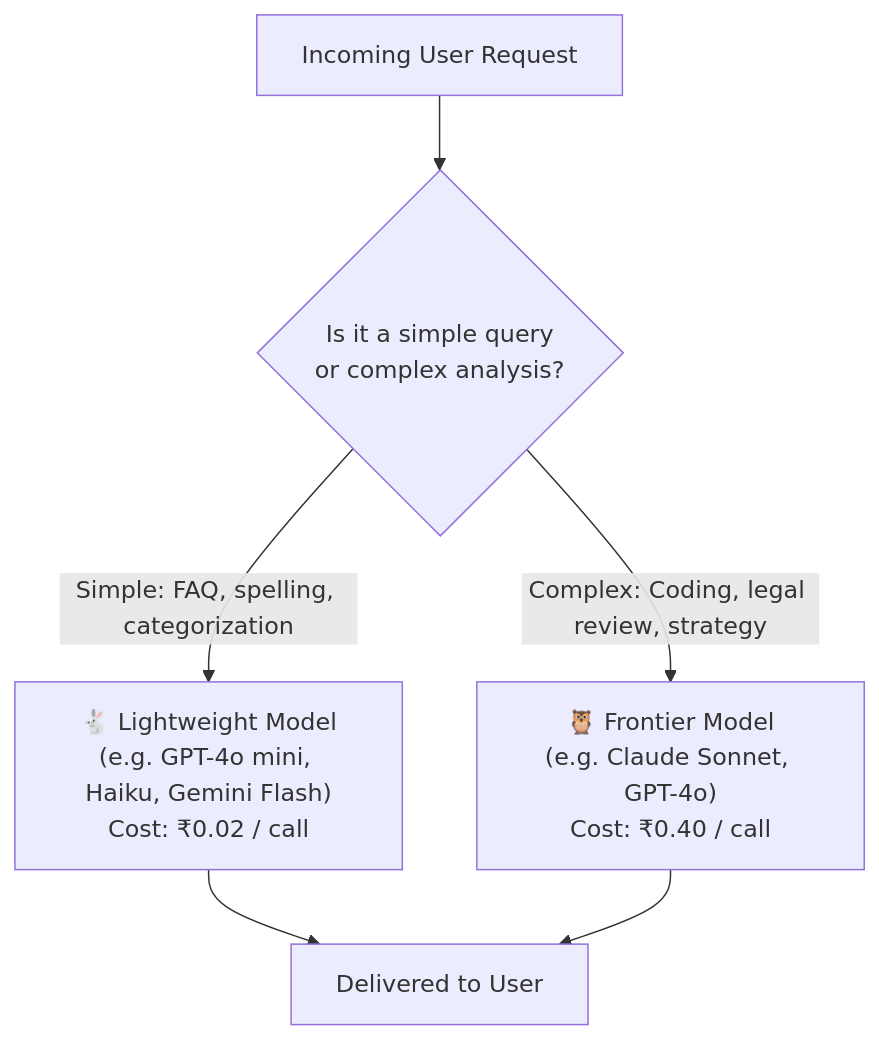
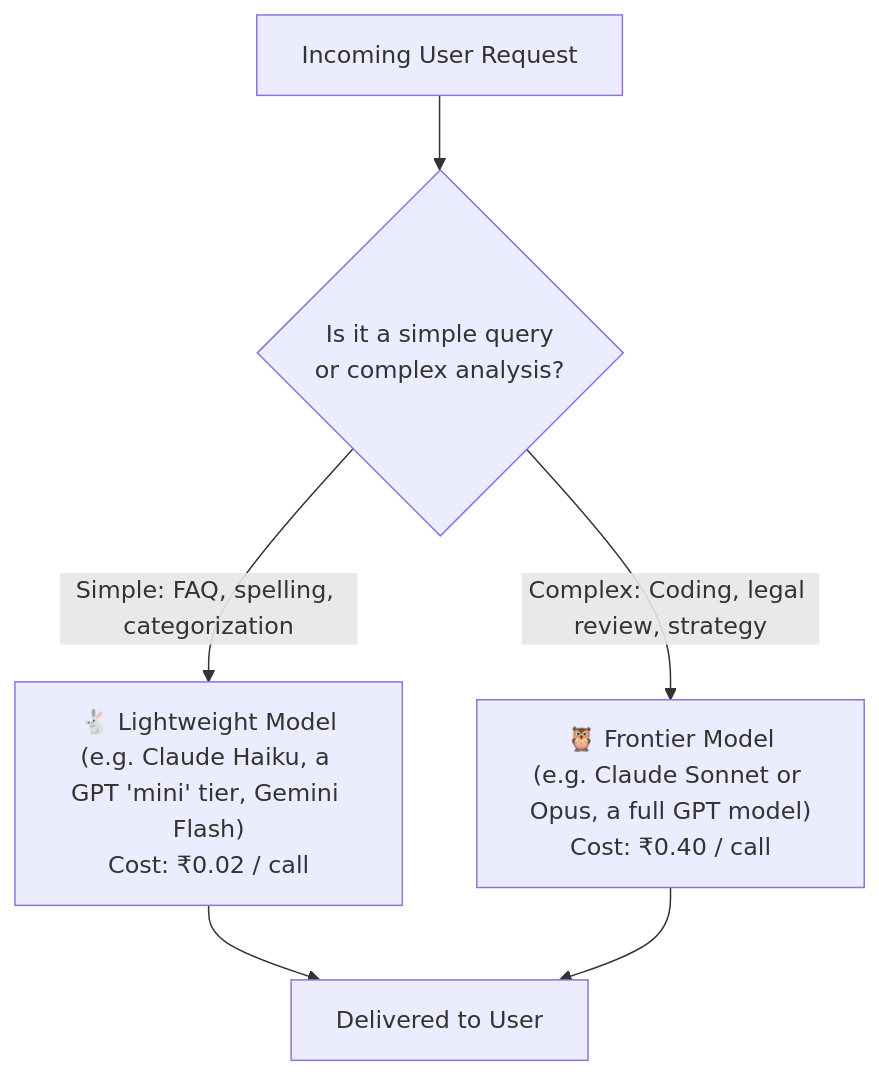
Before and after one commit to ABVicky/Prompt-Engineering-by-Vicky: the diagram in modules/12-parameters-apis-and-cost.md, drawn with Mermaid. The commit also changed other lines of this file and 24 other files, not shown here.

````diff
--- a/modules/12-parameters-apis-and-cost.md
+++ b/modules/12-parameters-apis-and-cost.md
@@ -170,7 +176,7 @@
 ```mermaid
 flowchart TD
     Req["Incoming User Request"] --> Classify{"Is it a simple query<br/>or complex analysis?"}
-    Classify -->|Simple: FAQ, spelling, categorization| Cheap["🐇 Lightweight Model<br/>(e.g. GPT-4o mini, Haiku, Gemini Flash)<br/>Cost: ₹0.02 / call"]
-    Classify -->|Complex: Coding, legal review, strategy| Smart["🦉 Frontier Model<br/>(e.g. Claude Sonnet, GPT-4o)<br/>Cost: ₹0.40 / call"]
+    Classify -->|Simple: FAQ, spelling, categorization| Cheap["🐇 Lightweight Model<br/>(e.g. Claude Haiku, a GPT 'mini' tier, Gemini Flash)<br/>Cost: ₹0.02 / call"]
+    Classify -->|Complex: Coding, legal review, strategy| Smart["🦉 Frontier Model<br/>(e.g. Claude Sonnet or Opus, a full GPT model)<br/>Cost: ₹0.40 / call"]
     Cheap & Smart --> Finish["Delivered to User"]
 ```
````
